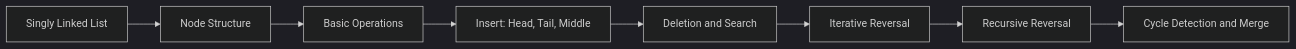
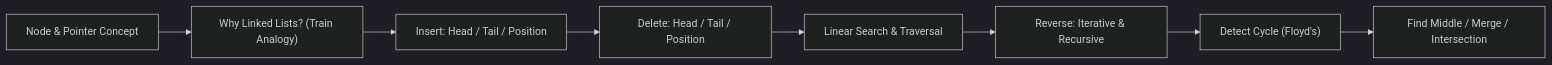
One commit to Raushan666java/ai-engineering-journey changed the diagram in docs/courses/data-structures/03-singly-linked-list.md. Above: the diagram before and after it, drawn with Mermaid (dark theme). The commit also changed other lines of this file and 17 other files, not shown here.

````diff
--- a/docs/courses/data-structures/03-singly-linked-list.md
+++ b/docs/courses/data-structures/03-singly-linked-list.md
@@ -25,10 +44,12 @@
 ```mermaid
 flowchart LR
-    A[Singly Linked List] --> B[Node Structure]
-    B --> C[Basic Operations]
-    C --> D[Insert: Head, Tail, Middle]
-    D --> E[Deletion and Search]
-    E --> F[Iterative Reversal]
-    F --> G[Recursive Reversal]
-    G --> H[Cycle Detection and Merge]
+    A["Node & Pointer Concept"]
+    B["Why Linked Lists? (Train Analogy)"]
+    C["Insert: Head / Tail / Position"]
+    D["Delete: Head / Tail / Position"]
+    E["Linear Search & Traversal"]
+    F["Reverse: Iterative & Recursive"]
+    G["Detect Cycle (Floyd's)"]
+    H["Find Middle / Merge / Intersection"]
+    A --> B --> C --> D --> E --> F --> G --> H
 ```
````
